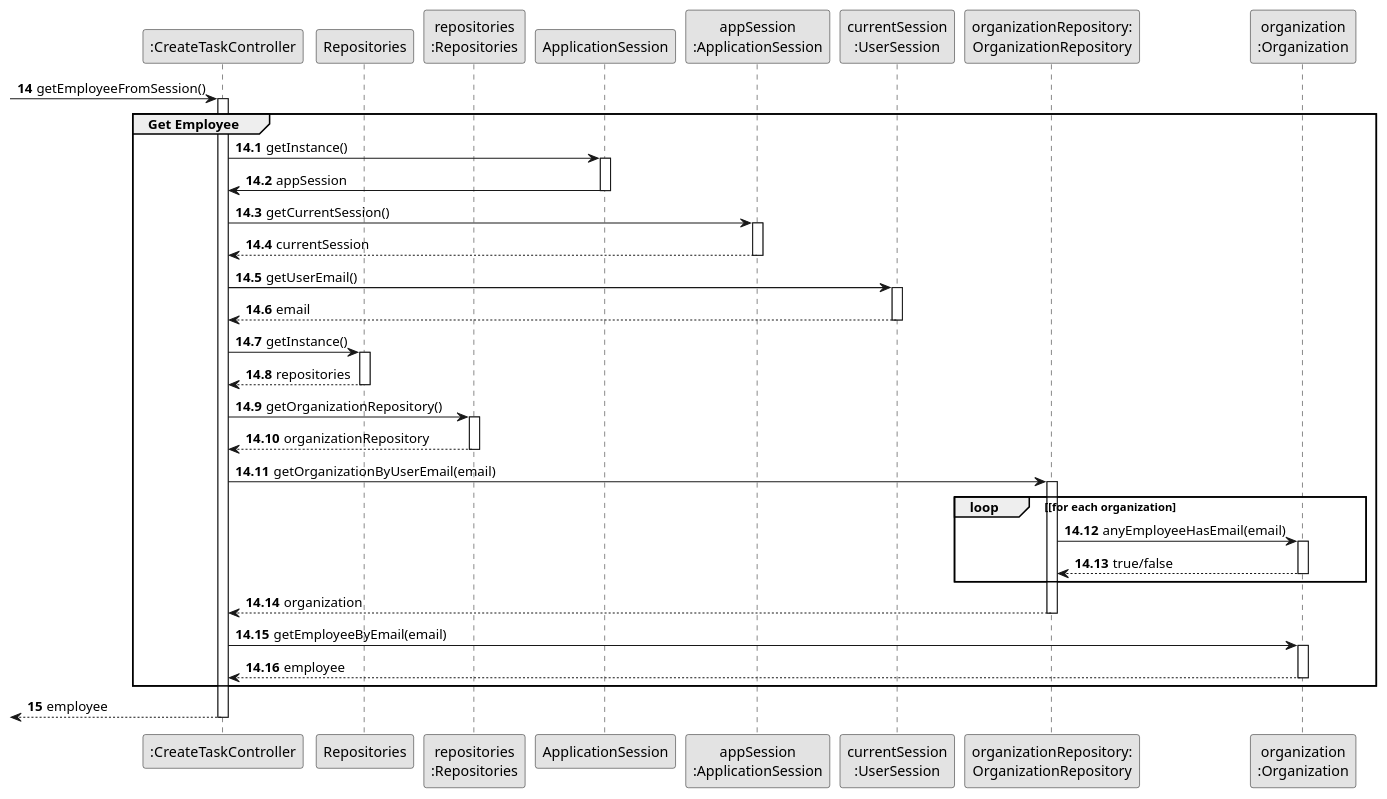
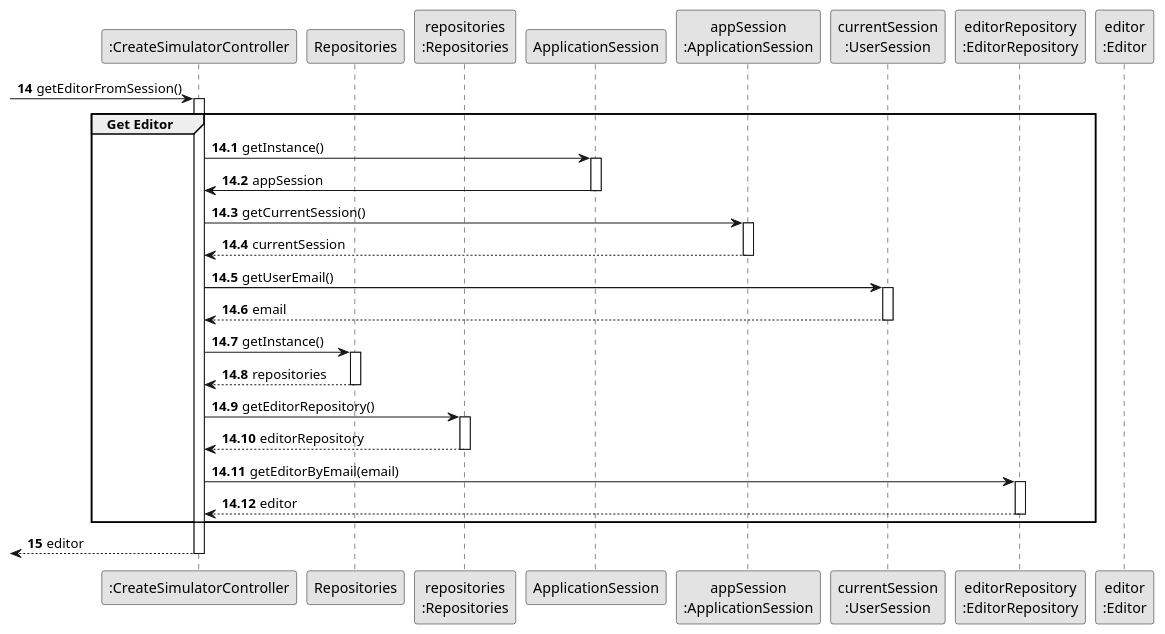
The diagram in docs/system-documentation/US012/03.design/puml/US012-SD-partial-get-employee.puml (bruno-monteiro5/sem2-pi-24.25-g132-repo), drawn with PlantUML before and after one commit. The commit also changed 13 other files, not shown here.

```diff
--- a/docs/system-documentation/US012/03.design/puml/US012-SD-partial-get-employee.puml
+++ b/docs/system-documentation/US012/03.design/puml/US012-SD-partial-get-employee.puml
@@ -1,70 +1,55 @@
 @startuml
 skinparam monochrome true
 skinparam packageStyle rectangle
 skinparam shadowing false
 
-'hide footbox
-participant ":CreateTaskController" as CTRL
+participant ":CreateSimulatorController" as CTRL
 participant "Repositories" as REPOS
 participant "repositories\n:Repositories" as REPOS_SINGLETON
 participant "ApplicationSession" as APP_SESSION
 participant "appSession\n:ApplicationSession" as APP_SESSION_SINGLETON
 participant "currentSession\n:UserSession" as CURRENT_SESSION
-participant "organizationRepository:\nOrganizationRepository" as ORG_REPO
-participant "organization\n:Organization" as ORG
+participant "editorRepository\n:EditorRepository" as EDITOR_REPO
+participant "editor\n:Editor" as EDITOR
 
 autonumber 14
--> CTRL : getEmployeeFromSession()
+-> CTRL : getEditorFromSession()
 autonumber 14.1
 activate CTRL
 
-    group Get Employee
+    group Get Editor
         CTRL -> APP_SESSION: getInstance()
         activate APP_SESSION
             APP_SESSION -> CTRL: appSession
         deactivate APP_SESSION
 
         CTRL -> APP_SESSION_SINGLETON: getCurrentSession()
         activate APP_SESSION_SINGLETON
             APP_SESSION_SINGLETON --> CTRL: currentSession
         deactivate APP_SESSION_SINGLETON
 
         CTRL -> CURRENT_SESSION: getUserEmail()
         activate CURRENT_SESSION
             CURRENT_SESSION --> CTRL: email
         deactivate CURRENT_SESSION
 
         CTRL -> REPOS : getInstance()
         activate REPOS
             REPOS --> CTRL: repositories
         deactivate REPOS
 
-        CTRL -> REPOS_SINGLETON: getOrganizationRepository()
+        CTRL -> REPOS_SINGLETON: getEditorRepository()
         activate REPOS_SINGLETON
-            REPOS_SINGLETON --> CTRL: organizationRepository
+            REPOS_SINGLETON --> CTRL: editorRepository
         deactivate REPOS_SINGLETON
 
-        CTRL -> ORG_REPO: getOrganizationByUserEmail(email)
-        activate ORG_REPO
+        CTRL -> EDITOR_REPO: getEditorByEmail(email)
+        activate EDITOR_REPO
+            EDITOR_REPO --> CTRL : editor
+        deactivate EDITOR_REPO
+    end
 
-            loop [for each organization
-                ORG_REPO -> ORG : anyEmployeeHasEmail(email)
-                activate ORG
-                     ORG --> ORG_REPO : true/false
-                deactivate ORG
-            end
-
-            ORG_REPO --> CTRL : organization
-        deactivate ORG_REPO
-
-        CTRL -> ORG: getEmployeeByEmail(email)
-        activate ORG
-            ORG --> CTRL : employee
-        deactivate ORG
-    end
-    autonumber 15
-    <-- CTRL : employee
-
+autonumber 15
+<-- CTRL : editor
 deactivate CTRL
-
 @enduml
```
